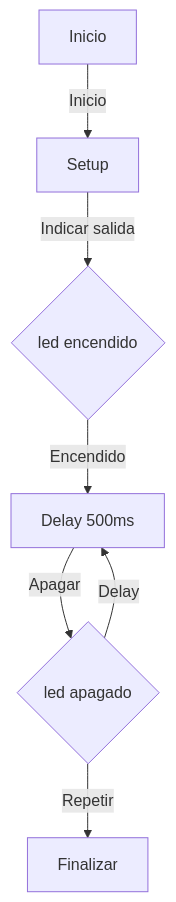
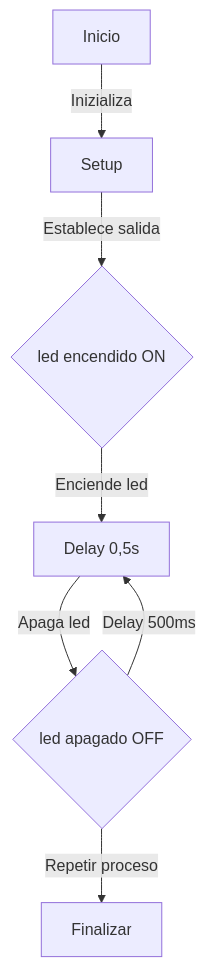
Before and after one commit to Aiti05/Practica_1: the first of 2 diagrams in README.md, drawn with Mermaid. The commit also changed other lines of this file, not shown here.

````diff
--- a/README.md
+++ b/README.md
@@ -200,10 +198,10 @@
 ```mermaid
 graph TD;
-    A[Inicio] --> |Inicio| B[Setup];
-    B[Setup] --> |Indicar salida| C{led encendido};
-    C{led encendido} --> |Encendido| D[Delay 500ms];
-    D[Delay 500ms] --> |Apagar| E{led apagado};
-    E{led apagado} --> |Delay| D[Delay 500ms];
-    E{led apagado} --> |Repetir| F[Finalizar];
+    A[Inicio] --> |Inizializa| B[Setup];
+    B[Setup] --> |Establece salida| C{led encendido ON};
+    C{led encendido ON} --> |Enciende led| D[Delay 0,5s];
+    D[Delay 0,5s] --> |Apaga led| E{led apagado OFF};
+    E{led apagado OFF} --> |Delay 500ms| D[Delay 0,5s];
+    E{led apagado OFF} --> |Repetir proceso| F[Finalizar];
 
 ```
````
